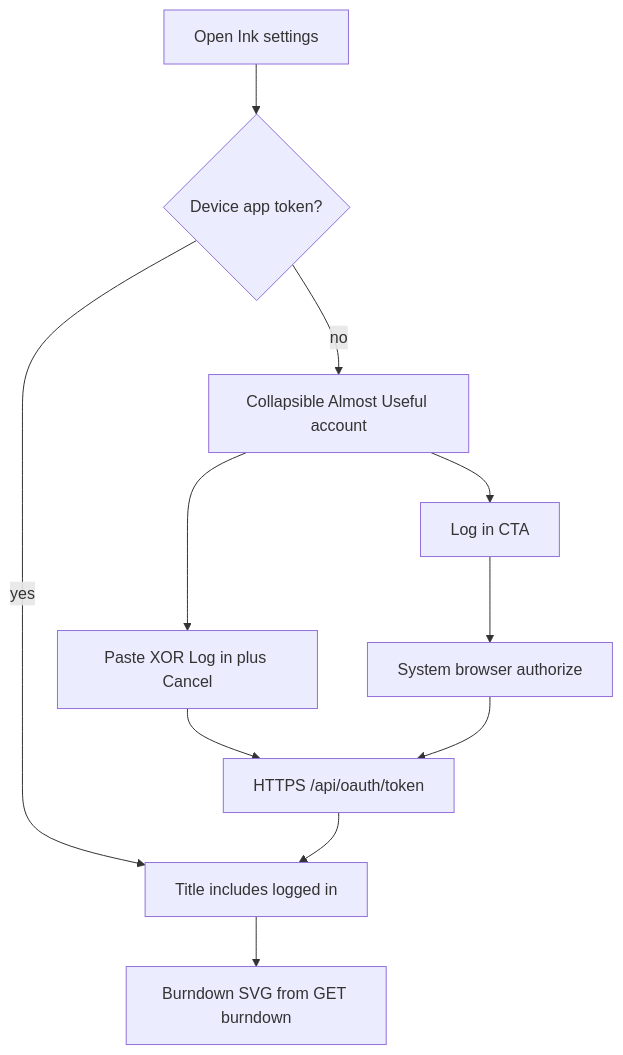
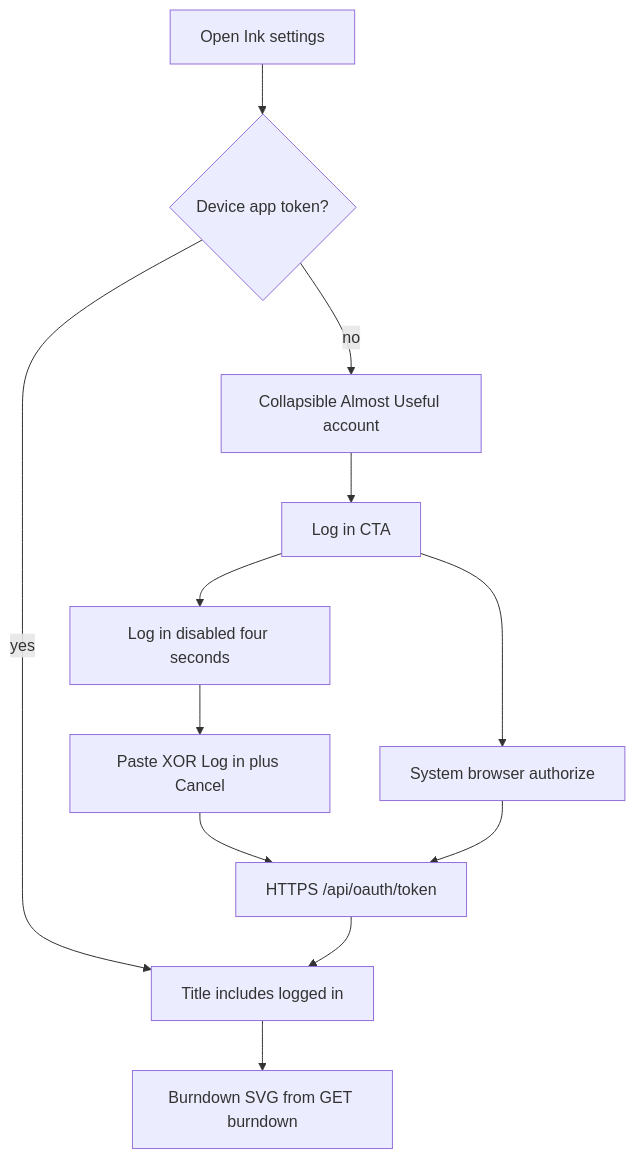
The second of 2 diagrams in docs/almostuseful-account.md (daledesilva/obsidian_ink), drawn with Mermaid before and after one commit. The commit also changed other lines of this file and 7 other files, not shown here.

Commit message:
updated: Kept Log in disabled in place for four seconds, dropped remaining-dollar copy, and cached burndown with a spinning refresh. Settings charts paint immediately on reopen instead of flashing loading or paste UI too soon.

````diff
--- a/docs/almostuseful-account.md
+++ b/docs/almostuseful-account.md
@@ -43,14 +43,15 @@
 ```mermaid
 flowchart TD
   OpenSettings[Open Ink settings]
   OpenSettings --> SignedIn{Device app token?}
   SignedIn -->|no| LoggedOut[Collapsible Almost Useful account]
   LoggedOut --> Idle[Log in CTA]
-  LoggedOut --> Pending[Paste XOR Log in plus Cancel]
+  Idle --> Opening[Log in disabled four seconds]
+  Opening --> Pending[Paste XOR Log in plus Cancel]
   Idle --> BrowserLogin[System browser authorize]
   Pending --> Exchange[HTTPS /api/oauth/token]
   BrowserLogin --> Exchange
   SignedIn -->|yes| Header[Title includes logged in]
   Header --> Charts[Burndown SVG from GET burndown]
   Exchange --> Header
 ```
````
